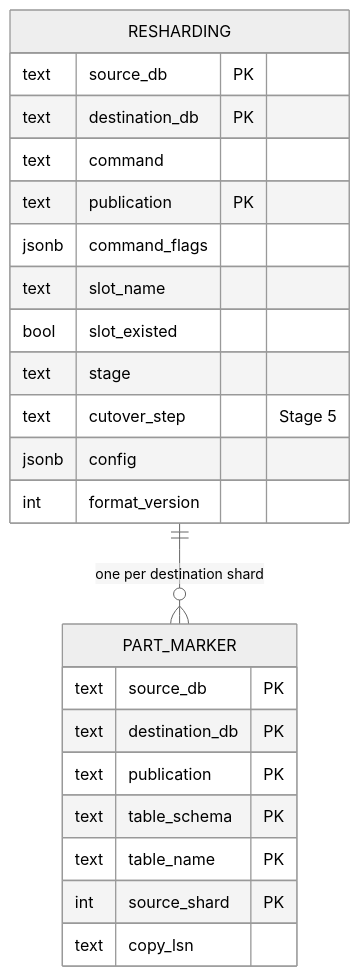
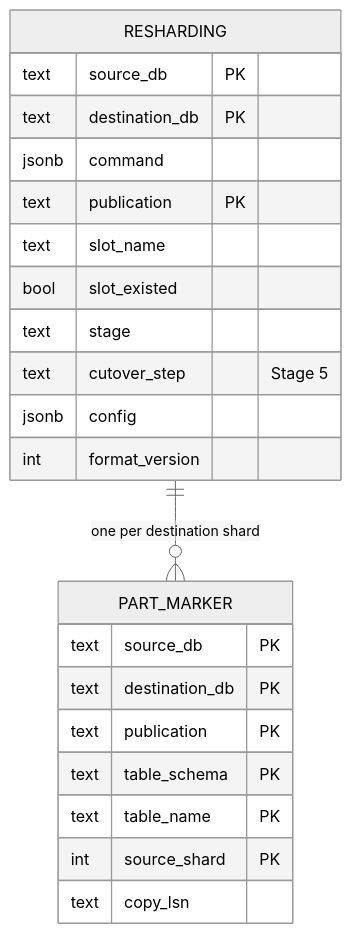
One commit to pgdogdev/pgdog changed the second of 6 diagrams in docs/RESUMABLE_RESHARDING.md. Above: the diagram before and after it, drawn with Mermaid (neutral theme). The commit also changed other lines of this file and 21 other files, not shown here.

````diff
--- a/docs/RESUMABLE_RESHARDING.md
+++ b/docs/RESUMABLE_RESHARDING.md
@@ -151,26 +151,25 @@
 ```mermaid
 erDiagram
   RESHARDING ||--o{ PART_MARKER : "one per destination shard"
   RESHARDING {
     text source_db PK
     text destination_db PK
-    text command
+    jsonb command
     text publication PK
-    jsonb command_flags
     text slot_name
     bool slot_existed
     text stage
     text cutover_step "Stage 5"
     jsonb config
     int format_version
   }
   PART_MARKER {
     text source_db PK
     text destination_db PK
     text publication PK
     text table_schema PK
     text table_name PK
     int source_shard PK
     text copy_lsn
   }
 ```
````
